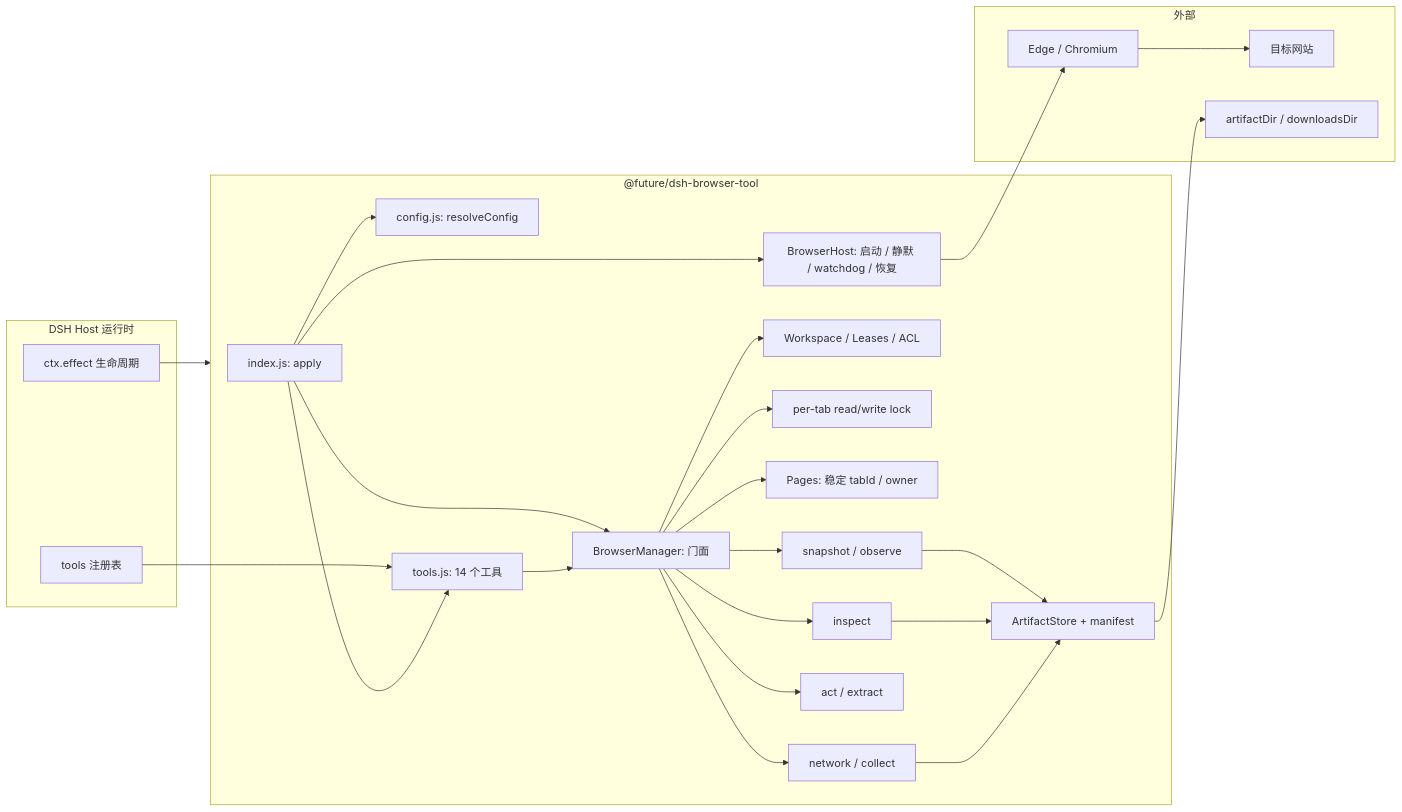
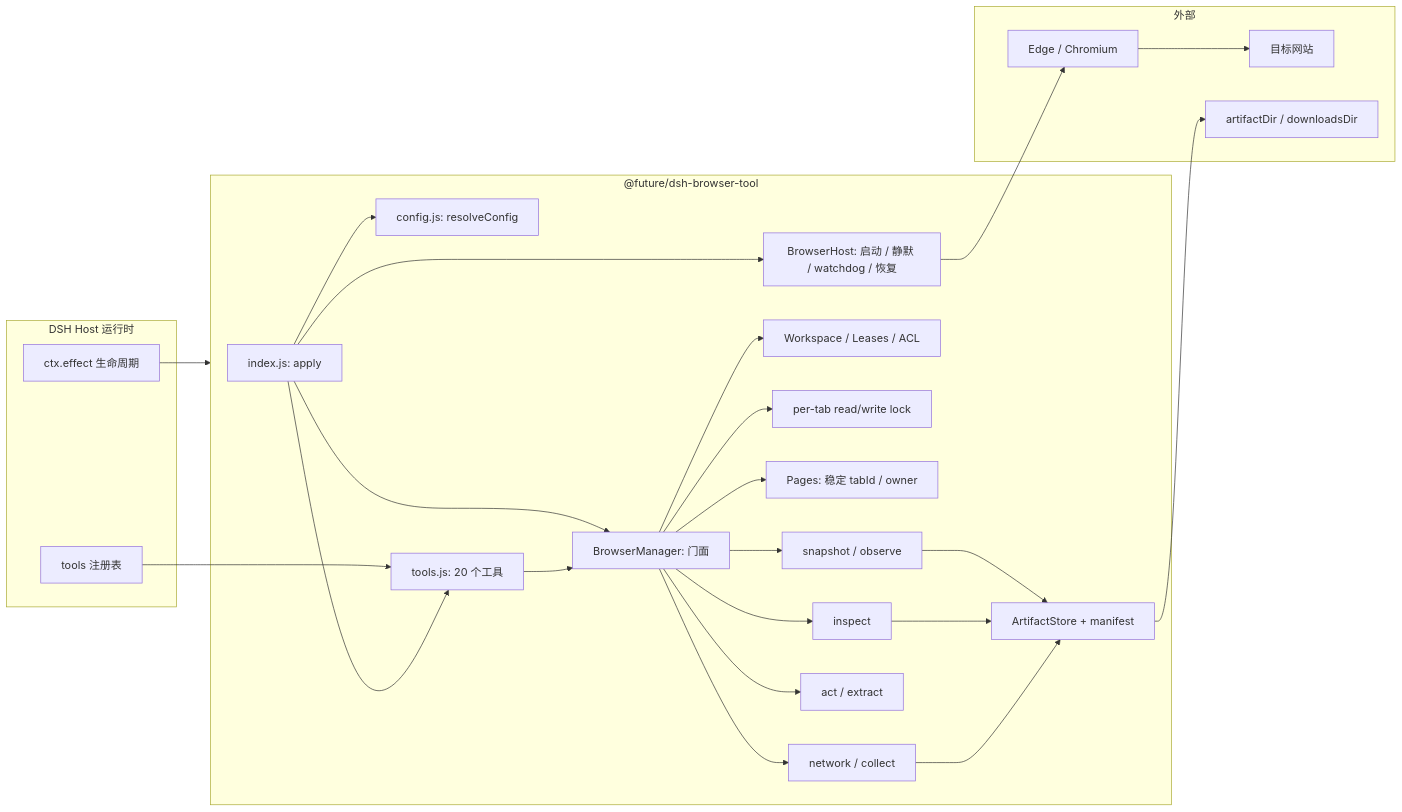
The first of 3 diagrams in docs/architecture.md (XiRuize/dsh-browser-tool), drawn with Mermaid before and after one commit. The commit also changed 14 other files, not shown here.

````diff
--- a/docs/architecture.md
+++ b/docs/architecture.md
@@ -16,50 +16,50 @@
 ```mermaid
 flowchart LR
   subgraph Host["DSH Host 运行时"]
     T["tools 注册表"]
     E["ctx.effect 生命周期"]
   end
 
   subgraph Plugin["@future/dsh-browser-tool"]
     Entry["index.js: apply"]
     Cfg["config.js: resolveConfig"]
     HostM["BrowserHost: 启动 / 静默 / watchdog / 恢复"]
     Mgr["BrowserManager: 门面"]
     WS["Workspace / Leases / ACL"]
     Locks["per-tab read/write lock"]
     Pages["Pages: 稳定 tabId / owner"]
     Snap["snapshot / observe"]
     Insp["inspect"]
     Act["act / extract"]
     Net["network / collect"]
     Art["ArtifactStore + manifest"]
-    Tools["tools.js: 14 个工具"]
+    Tools["tools.js: 20 个工具"]
   end
 
   subgraph External["外部"]
     Chromium["Edge / Chromium"]
     Site["目标网站"]
     FS["artifactDir / downloadsDir"]
   end
 
   T --> Tools
   E --> Plugin
   Entry --> Cfg
   Entry --> HostM
   Entry --> Mgr
   Entry --> Tools
   HostM --> Chromium
   Chromium --> Site
   Mgr --> WS
   Mgr --> Locks
   Mgr --> Pages
   Mgr --> Snap
   Mgr --> Insp
   Mgr --> Act
   Mgr --> Net
   Snap --> Art
   Insp --> Art
   Net --> Art
   Art --> FS
   Tools --> Mgr
 ```
````
